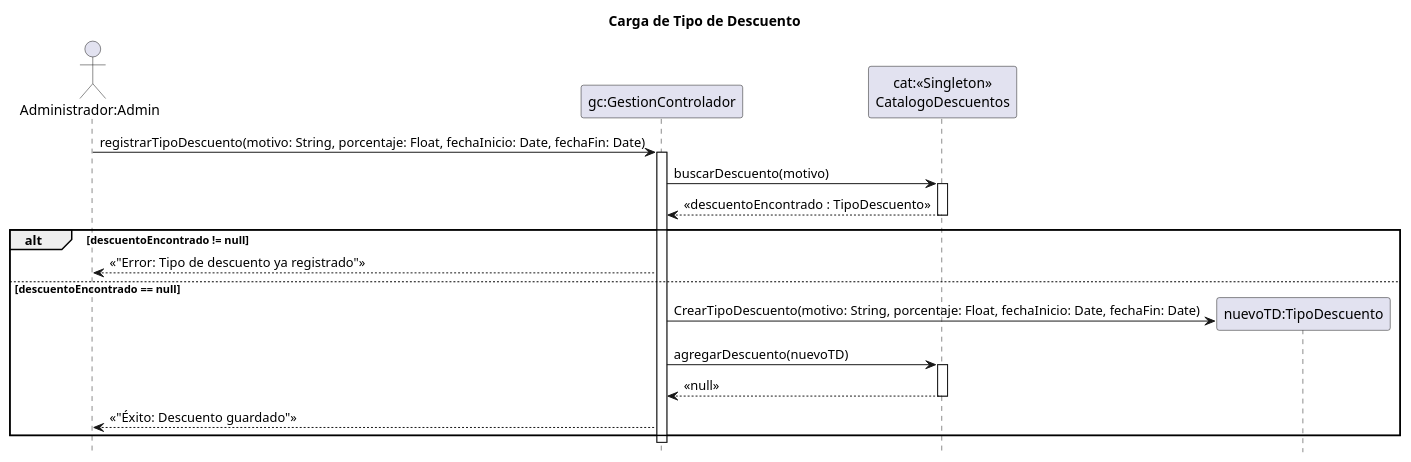
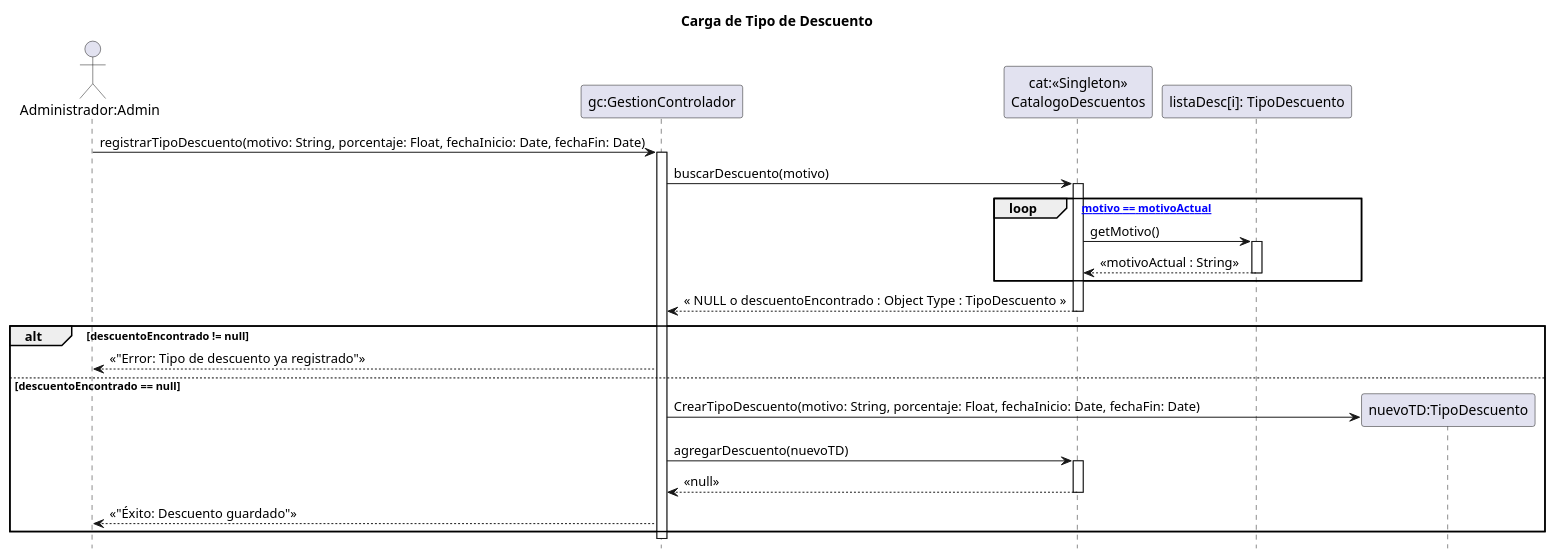
Before and after one commit to zEzequR/PF-I: the diagram in 08 - Diagramas de Secuencia de Diseño/CargaTipoDescuento/CargaTipoDescuento.wsd, drawn with PlantUML. The commit also changed 15 other files, not shown here.

```diff
--- a/08 - Diagramas de Secuencia de Diseño/CargaTipoDescuento/CargaTipoDescuento.wsd
+++ b/08 - Diagramas de Secuencia de Diseño/CargaTipoDescuento/CargaTipoDescuento.wsd
@@ -1,37 +1,46 @@
 @startuml
 title Carga de Tipo de Descuento
 hide footbox
 
 actor "Administrador:Admin" as admin
 participant "gc:GestionControlador" as ctrl
 participant "cat:<<Singleton>>\nCatalogoDescuentos" as cat
+participant "listaDesc[i]: TipoDescuento" as listDesc
 participant "nuevoTD:TipoDescuento" as td
 
 admin -> ctrl : registrarTipoDescuento(motivo: String, porcentaje: Float, fechaInicio: Date, fechaFin: Date)
 activate ctrl
 
 ctrl -> cat : buscarDescuento(motivo)
 activate cat
-cat --> ctrl : «descuentoEncontrado : TipoDescuento»
+
+loop [hasta motivo == motivoActual]
+    cat -> listDesc : getMotivo()
+    activate listDesc
+    listDesc --> cat : << motivoActual : String >>
+    deactivate listDesc
+end
+
+cat --> ctrl : « NULL o descuentoEncontrado : Object Type : TipoDescuento »
 deactivate cat
 
 alt descuentoEncontrado != null
     
     ctrl --> admin : «"Error: Tipo de descuento ya registrado"»
 
 else descuentoEncontrado == null
     
     create td
     ctrl -> td : CrearTipoDescuento(motivo: String, porcentaje: Float, fechaInicio: Date, fechaFin: Date)
     
     ctrl -> cat : agregarDescuento(nuevoTD)
     activate cat
     cat --> ctrl : «null»
     deactivate cat
     
     ctrl --> admin : «"Éxito: Descuento guardado"»
 
 end
 
 deactivate ctrl
 @enduml
```
